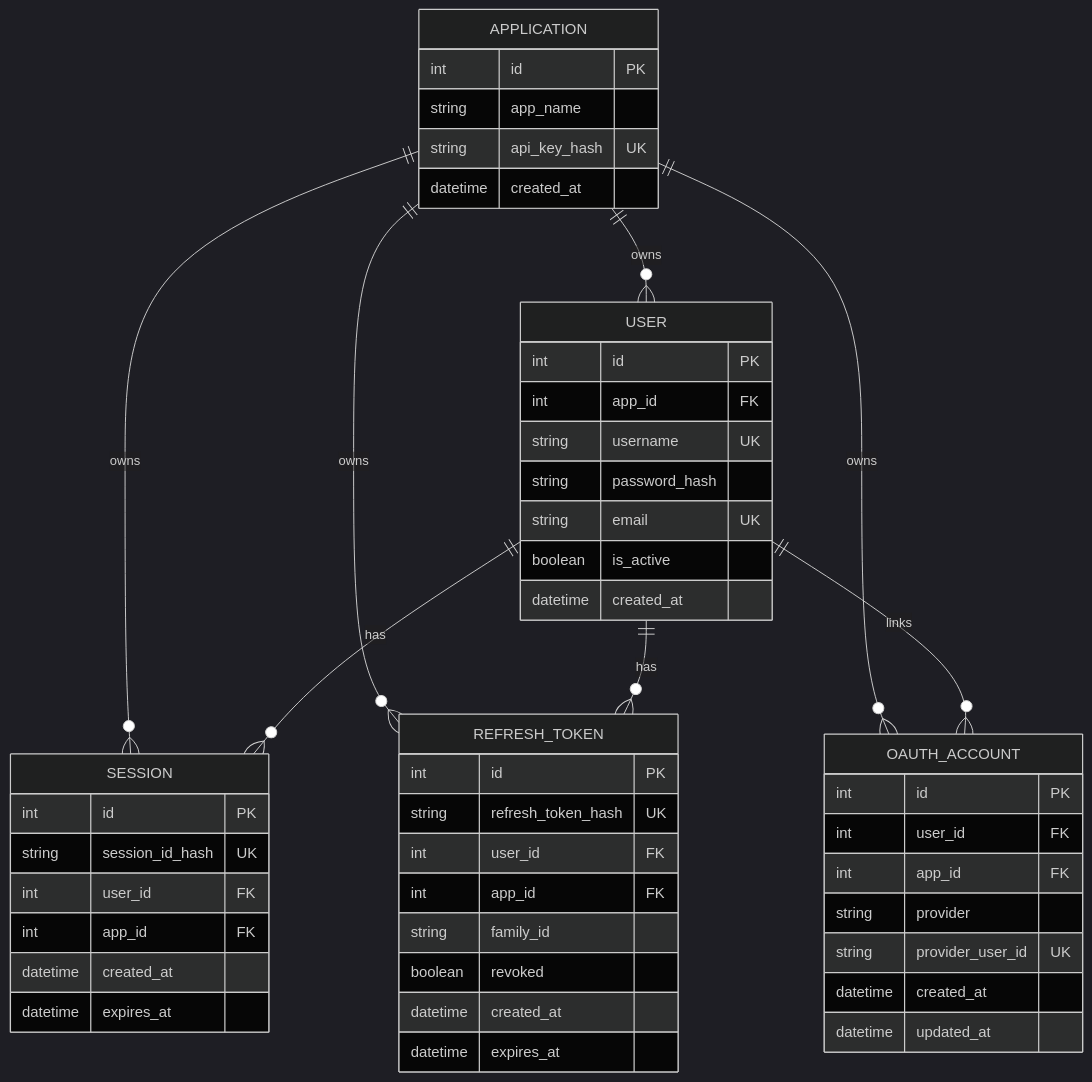
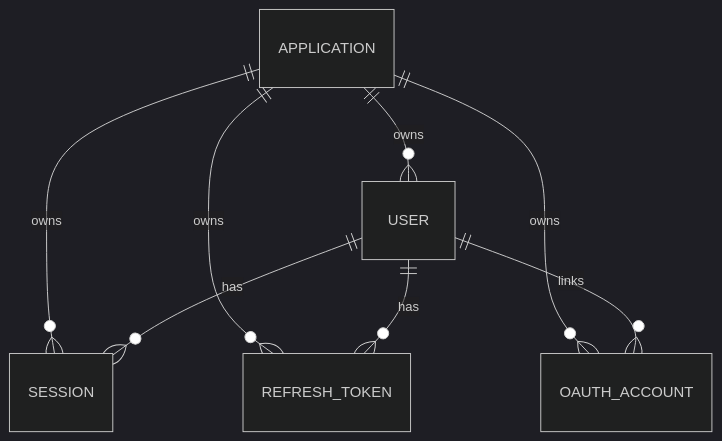
The first of 4 diagrams in Authentication app.md (harish-AK/fastapi-authentican-methods), drawn with Mermaid (dark theme) before and after one commit. The commit also changed other lines of this file, not shown here.

Commit message:
Authtentication-app.md updated

````diff
--- a/Authentication app.md
+++ b/Authentication app.md
@@ -1717,53 +113,10 @@
 ```mermaid
 erDiagram
     APPLICATION ||--o{ USER : "owns"
     APPLICATION ||--o{ SESSION : "owns"
     APPLICATION ||--o{ REFRESH_TOKEN : "owns"
     APPLICATION ||--o{ OAUTH_ACCOUNT : "owns"
     USER ||--o{ SESSION : "has"
     USER ||--o{ REFRESH_TOKEN : "has"
     USER ||--o{ OAUTH_ACCOUNT : "links"
-
-    APPLICATION {
-        int id PK
-        string app_name
-        string api_key_hash UK
-        datetime created_at
-    }
-    USER {
-        int id PK
-        int app_id FK
-        string username UK
-        string password_hash
-        string email UK
-        boolean is_active
-        datetime created_at
-    }
-    SESSION {
-        int id PK
-        string session_id_hash UK
-        int user_id FK
-        int app_id FK
-        datetime created_at
-        datetime expires_at
-    }
-    REFRESH_TOKEN {
-        int id PK
-        string refresh_token_hash UK
-        int user_id FK
-        int app_id FK
-        string family_id
-        boolean revoked
-        datetime created_at
-        datetime expires_at
-    }
-    OAUTH_ACCOUNT {
-        int id PK
-        int user_id FK
-        int app_id FK
-        string provider
-        string provider_user_id UK
-        datetime created_at
-        datetime updated_at
-    }
 ```
````
